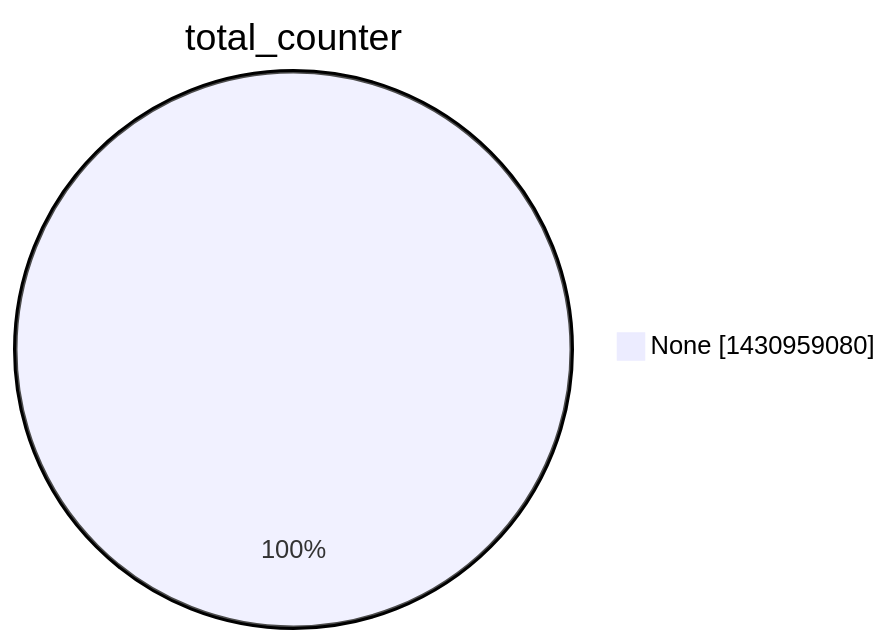
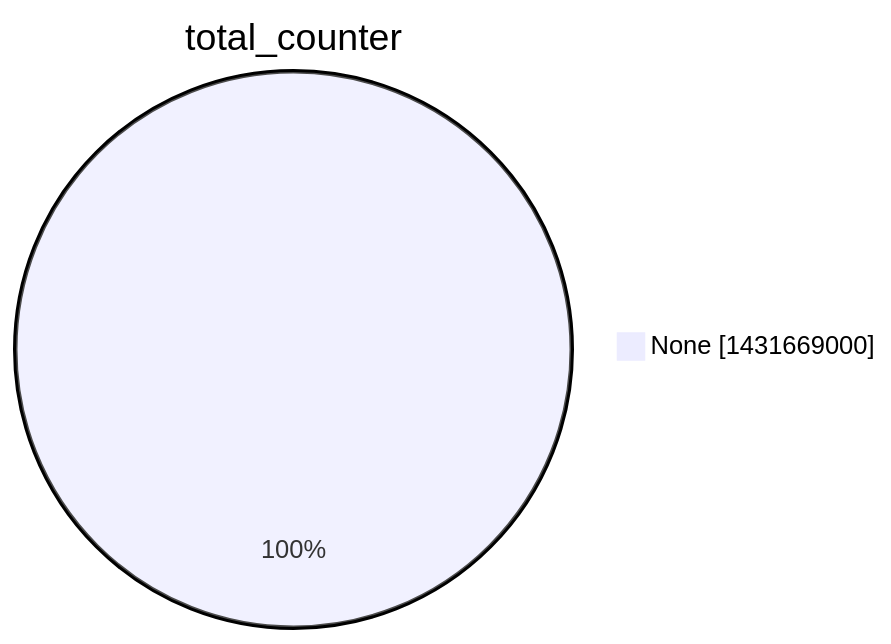
Before and after one commit to christiankrug/ctmonitor_visualization: the second of 15 diagrams in argon2022/README.md, drawn with Mermaid. The commit also changed other lines of this file, not shown here.

````diff
--- a/argon2022/README.md
+++ b/argon2022/README.md
@@ -9,5 +9,5 @@
 ```mermaid
 pie showData
 title total_counter
-"None" :1430959080
+"None" :1431669000
 ```
````
